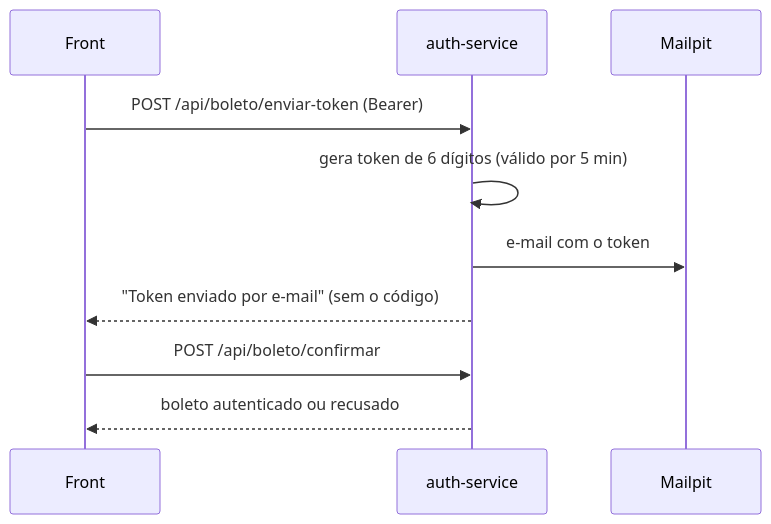
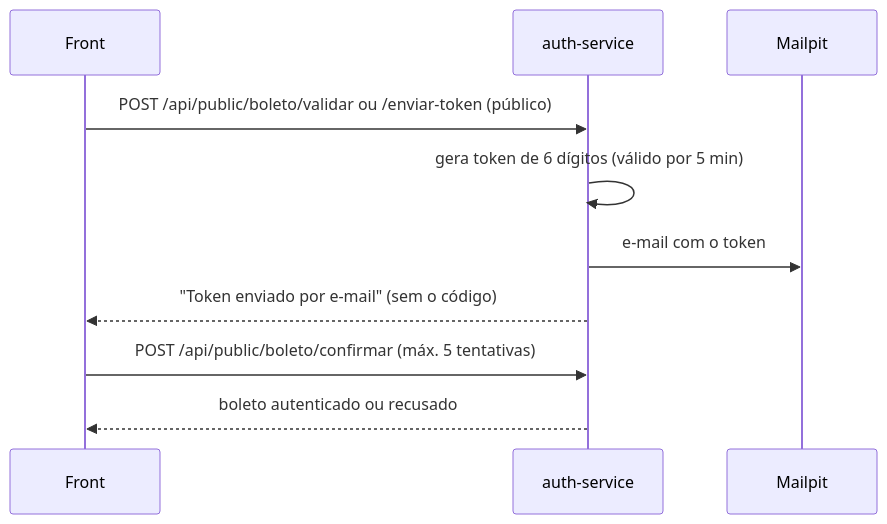
The fourth of 4 diagrams in README.md (KURAMA2012/Authentication-Boleto), drawn with Mermaid before and after one commit. The commit also changed other lines of this file and 54 other files, not shown here.

````diff
--- a/README.md
+++ b/README.md
@@ -75,12 +132,12 @@
 ```mermaid
 sequenceDiagram
     participant F as Front
     participant A as auth-service
     participant M as Mailpit
-    F->>A: POST /api/boleto/enviar-token (Bearer)
+    F->>A: POST /api/public/boleto/validar ou /enviar-token (público)
     A->>A: gera token de 6 dígitos (válido por 5 min)
     A->>M: e-mail com o token
     A-->>F: "Token enviado por e-mail" (sem o código)
-    F->>A: POST /api/boleto/confirmar
+    F->>A: POST /api/public/boleto/confirmar (máx. 5 tentativas)
     A-->>F: boleto autenticado ou recusado
 ```
````
